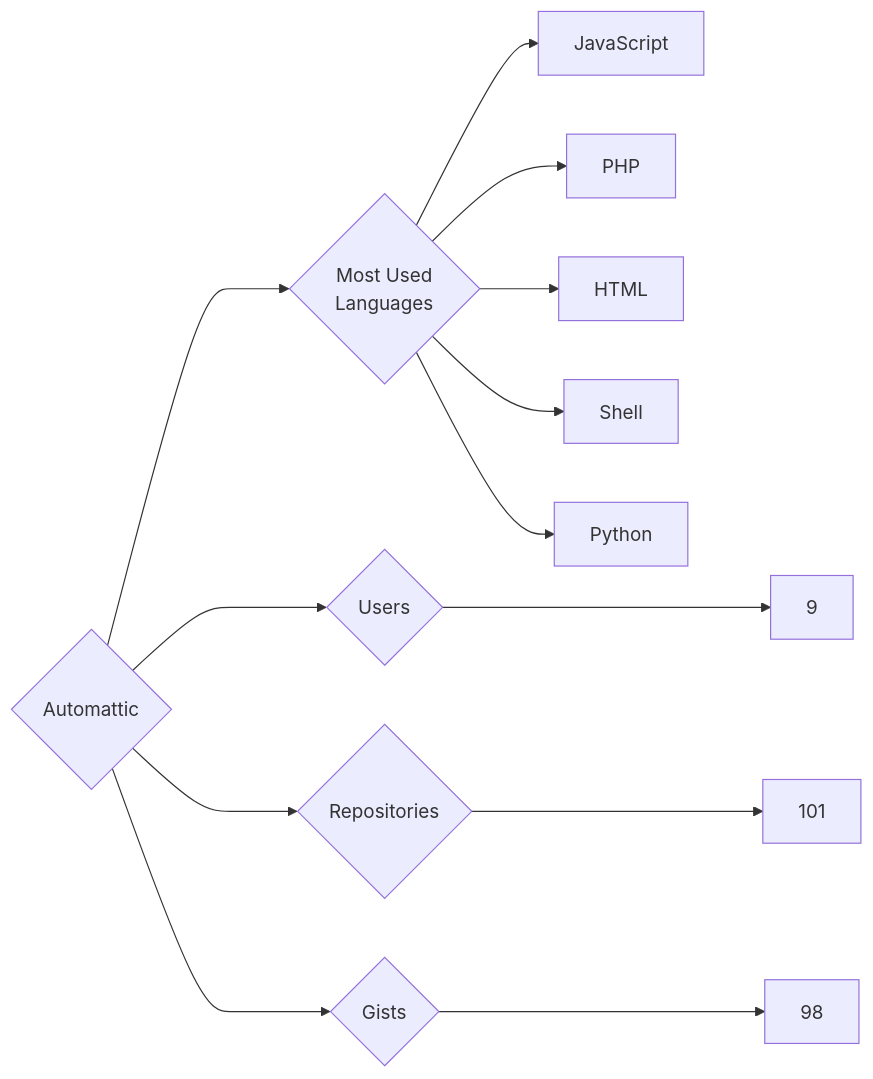
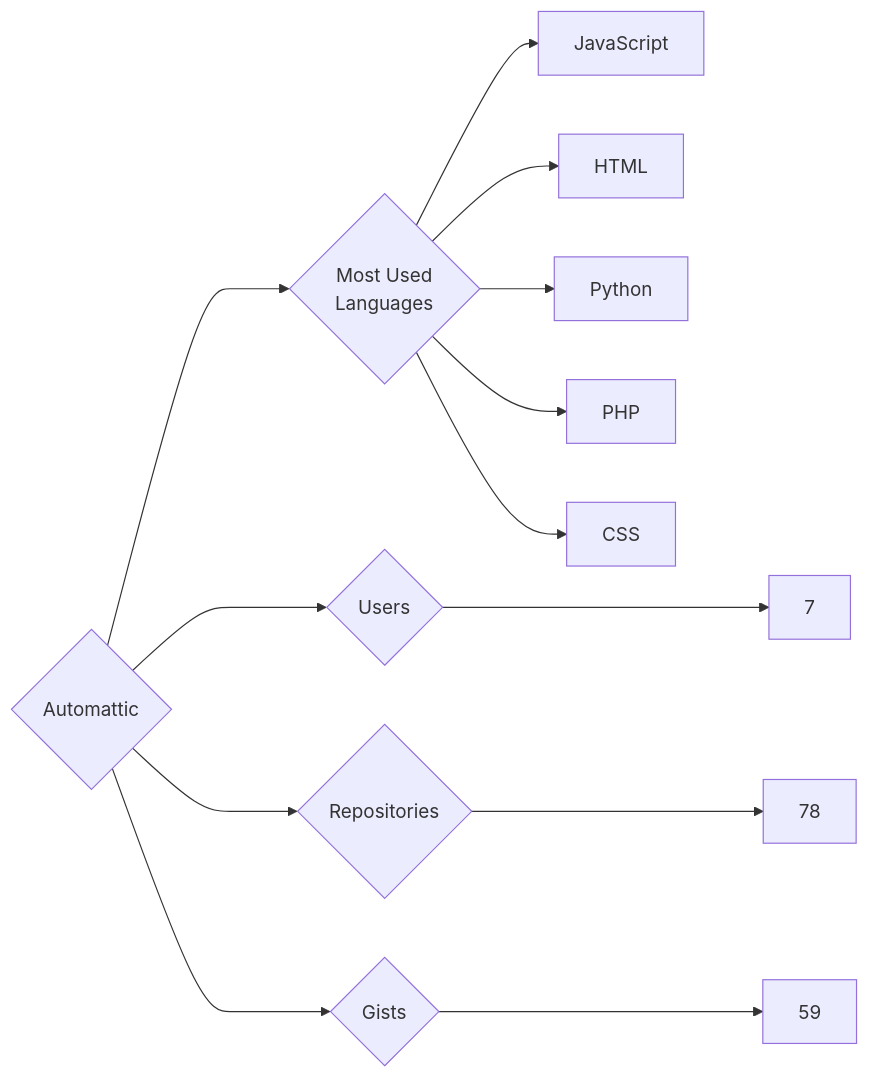
The diagram in targets/Automattic/README.md (trickest/insiders), drawn with Mermaid before and after one commit. The commit also changed 1120 other files, not shown here.

````diff
--- a/targets/Automattic/README.md
+++ b/targets/Automattic/README.md
@@ -3,13 +3,13 @@
 ```mermaid
 graph LR
 COMPANY_NAME{Automattic}
-COMPANY_NAME ---> U{Users} ---> UN[9]
-COMPANY_NAME ---> R{Repositories} ---> RN[101]
-COMPANY_NAME ---> G{Gists} ---> GN[98]
+COMPANY_NAME ---> U{Users} ---> UN[7]
+COMPANY_NAME ---> R{Repositories} ---> RN[78]
+COMPANY_NAME ---> G{Gists} ---> GN[59]
 COMPANY_NAME ---> ML{Most Used<br>Languages}
 ML --> JavaScript[JavaScript]
+ML --> HTML[HTML]
+ML --> Python[Python]
 ML --> PHP[PHP]
-ML --> HTML[HTML]
-ML --> Shell[Shell]
-ML --> Python[Python]
+ML --> CSS[CSS]
 ```
````
